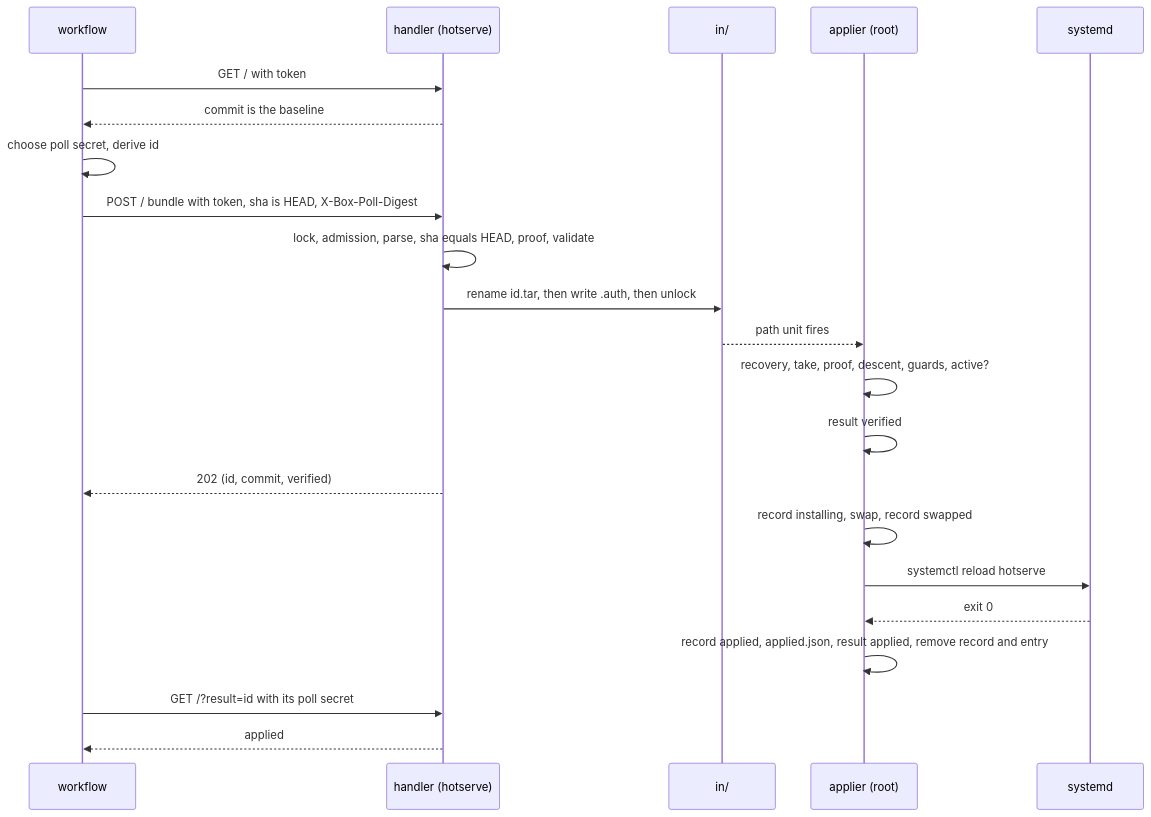
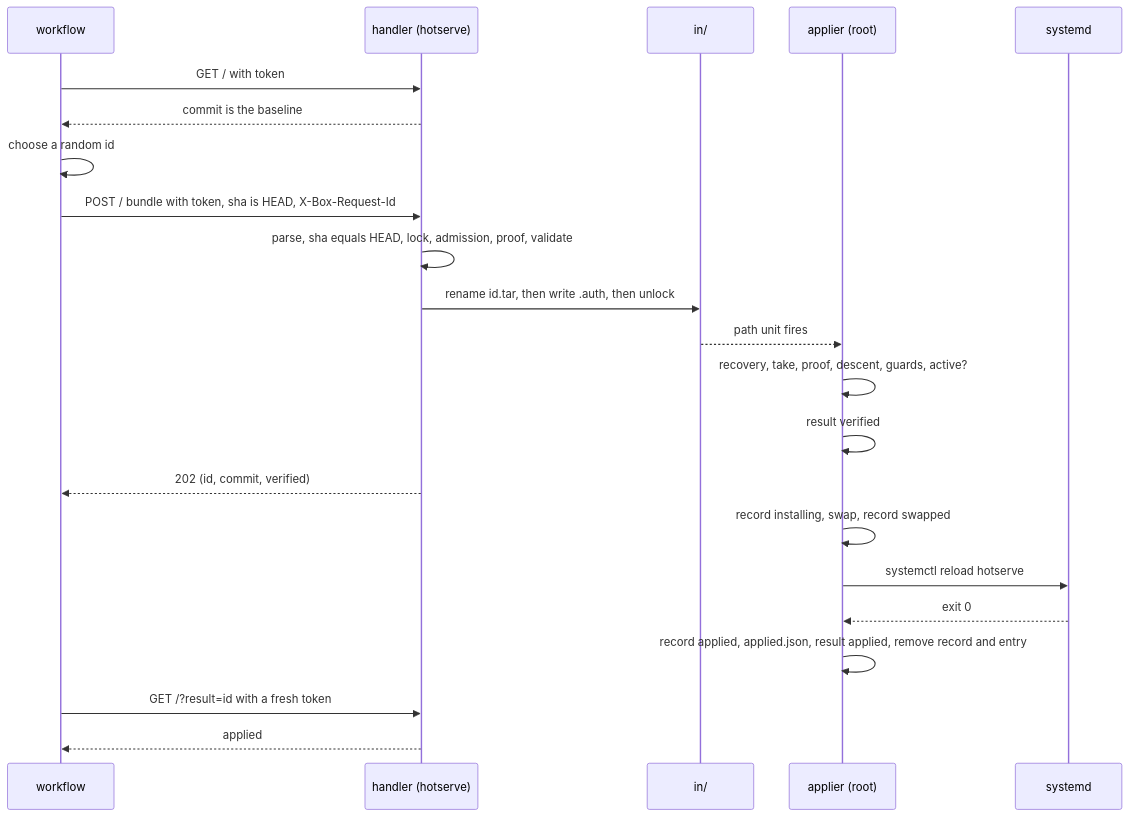
Before and after one commit to smallhoursorg/hotserve: the second of 3 diagrams in box/DESIGN-box.md, drawn with Mermaid. The commit also changed other lines of this file and 1 other file, not shown here.

First line of the commit message:
docs(box): drop the poll secret; the body before the admission lock

````diff
--- a/box/DESIGN-box.md
+++ b/box/DESIGN-box.md
@@ -1050,24 +1039,24 @@
 ```mermaid
 sequenceDiagram
     participant W as workflow
     participant H as handler (hotserve)
     participant I as in/
     participant A as applier (root)
     participant S as systemd
     W->>H: GET / with token
     H-->>W: commit is the baseline
-    W->>W: choose poll secret, derive id
-    W->>H: POST / bundle with token, sha is HEAD, X-Box-Poll-Digest
-    H->>H: lock, admission, parse, sha equals HEAD, proof, validate
+    W->>W: choose a random id
+    W->>H: POST / bundle with token, sha is HEAD, X-Box-Request-Id
+    H->>H: parse, sha equals HEAD, lock, admission, proof, validate
     H->>I: rename id.tar, then write .auth, then unlock
     I-->>A: path unit fires
     A->>A: recovery, take, proof, descent, guards, active?
     A->>A: result verified
     H-->>W: 202 (id, commit, verified)
     A->>A: record installing, swap, record swapped
     A->>S: systemctl reload hotserve
     S-->>A: exit 0
     A->>A: record applied, applied.json, result applied, remove record and entry
-    W->>H: GET /?result=id with its poll secret
+    W->>H: GET /?result=id with a fresh token
     H-->>W: applied
 ```
````
